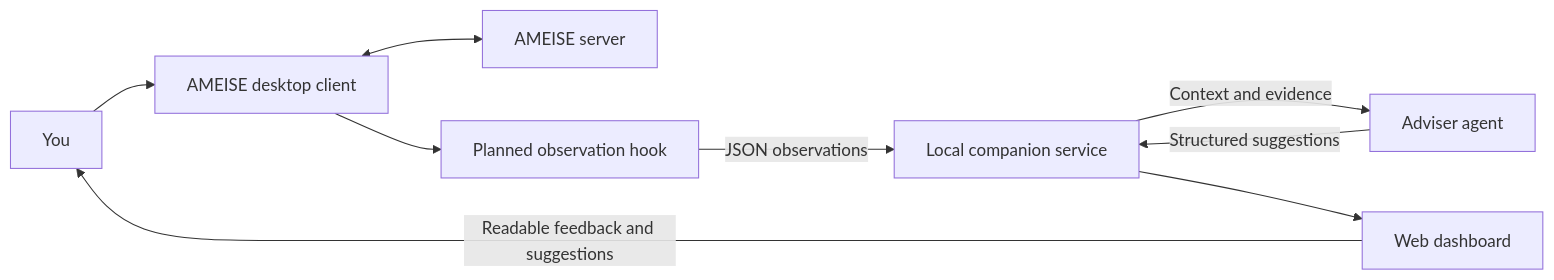
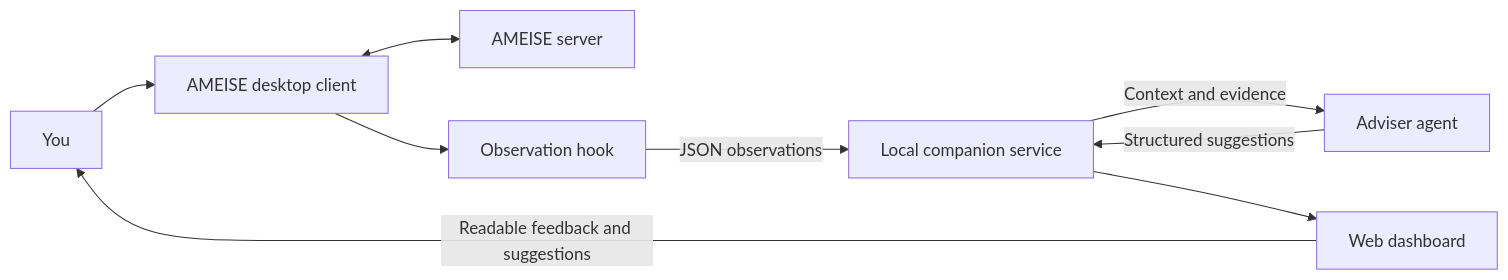
One commit to steve0-t/amaise-adviser changed the diagram in docs/json-api-integration.md. Above: the diagram before and after it, drawn with Mermaid. The commit also changed other lines of this file and 26 other files, not shown here.

````diff
--- a/docs/json-api-integration.md
+++ b/docs/json-api-integration.md
@@ -9,11 +13,11 @@
 ```mermaid
 flowchart LR
     Human[You] --> Client[AMEISE desktop client]
     Client <--> Simulator[AMEISE server]
-    Client --> Observer[Planned observation hook]
+    Client --> Observer[Observation hook]
     Observer -->|JSON observations| Receiver[Local companion service]
     Receiver --> Dashboard[Web dashboard]
     Receiver -->|Context and evidence| Agent[Adviser agent]
     Agent -->|Structured suggestions| Receiver
     Dashboard -->|Readable feedback and suggestions| Human
 ```
````
